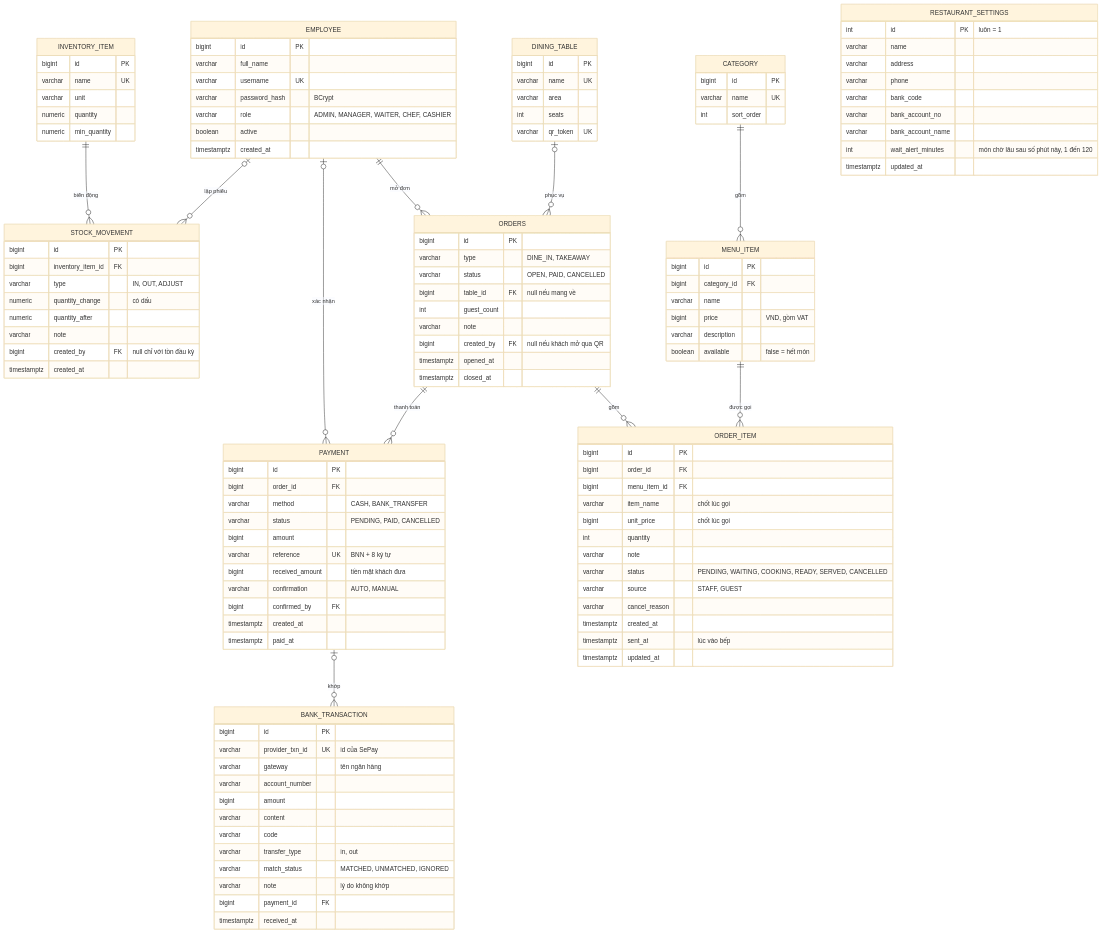
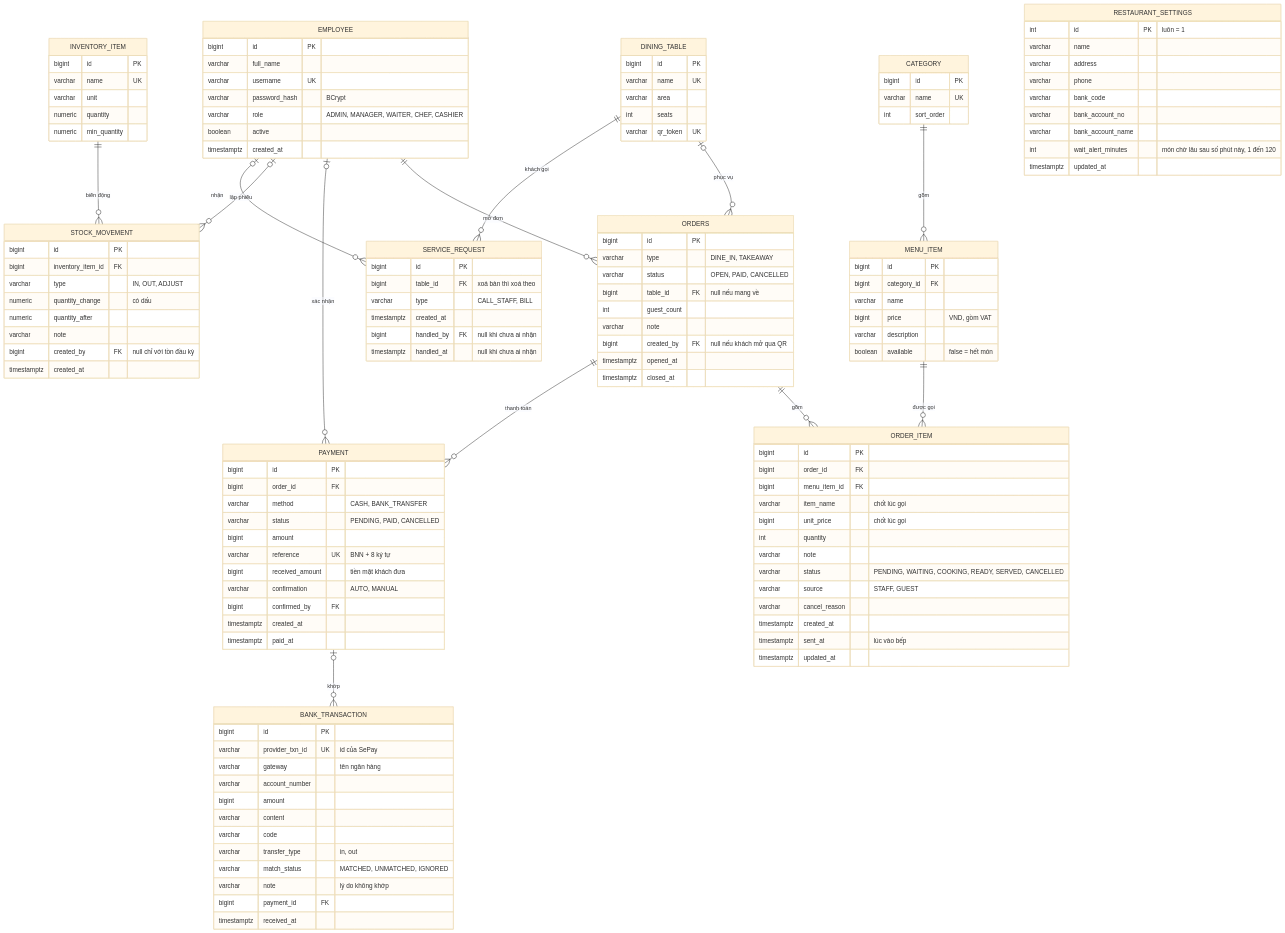
One commit to Anpham120/restaurant-management-system changed the first of 2 diagrams in docs-core/07-erd.md. Above: the diagram before and after it, drawn with Mermaid (base theme). The commit also changed other lines of this file and 5 other files, not shown here.

````diff
--- a/docs-core/07-erd.md
+++ b/docs-core/07-erd.md
@@ -26,6 +26,8 @@
     ORDERS ||--o{ PAYMENT : "thanh toán"
     PAYMENT |o--o{ BANK_TRANSACTION : "khớp"
     INVENTORY_ITEM ||--o{ STOCK_MOVEMENT : "biến động"
+    DINING_TABLE ||--o{ SERVICE_REQUEST : "khách gọi"
+    EMPLOYEE |o--o{ SERVICE_REQUEST : "nhận"
     EMPLOYEE {
         bigint id PK
         varchar full_name
@@ -136,4 +138,12 @@
         int wait_alert_minutes "món chờ lâu sau số phút này, 1 đến 120"
         timestamptz updated_at
     }
+    SERVICE_REQUEST {
+        bigint id PK
+        bigint table_id FK "xoá bàn thì xoá theo"
+        varchar type "CALL_STAFF, BILL"
+        timestamptz created_at
+        bigint handled_by FK "null khi chưa ai nhận"
+        timestamptz handled_at "null khi chưa ai nhận"
+    }
 ```
````
